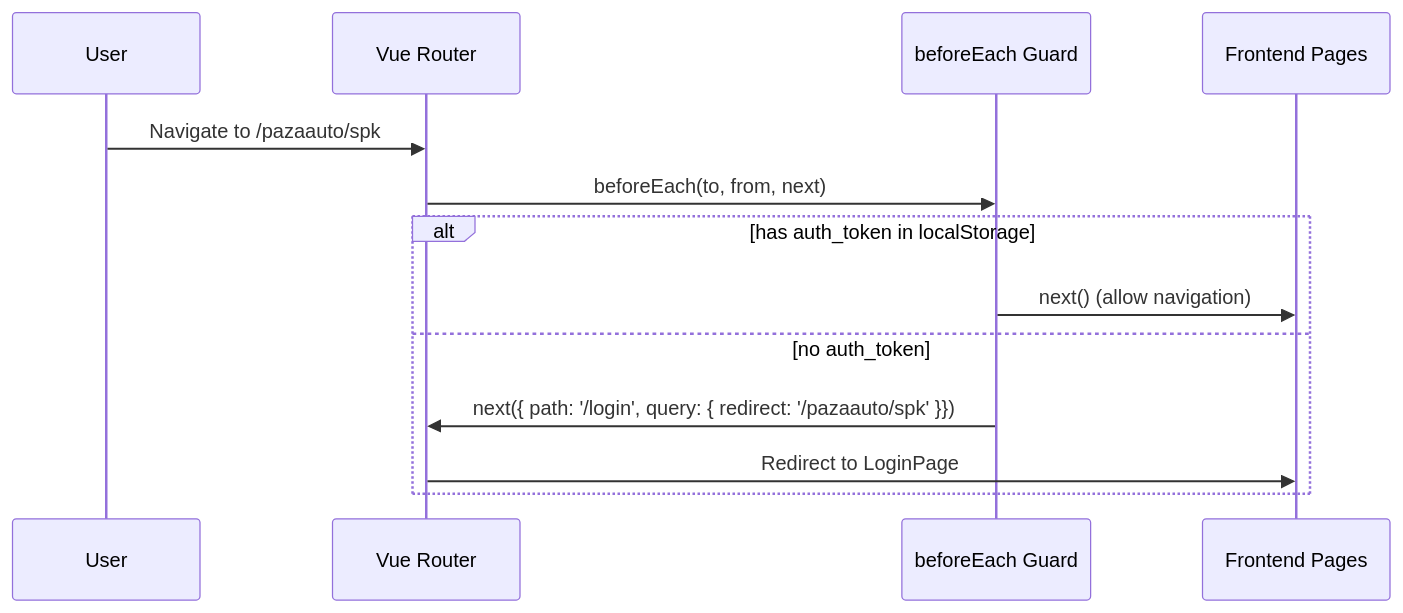
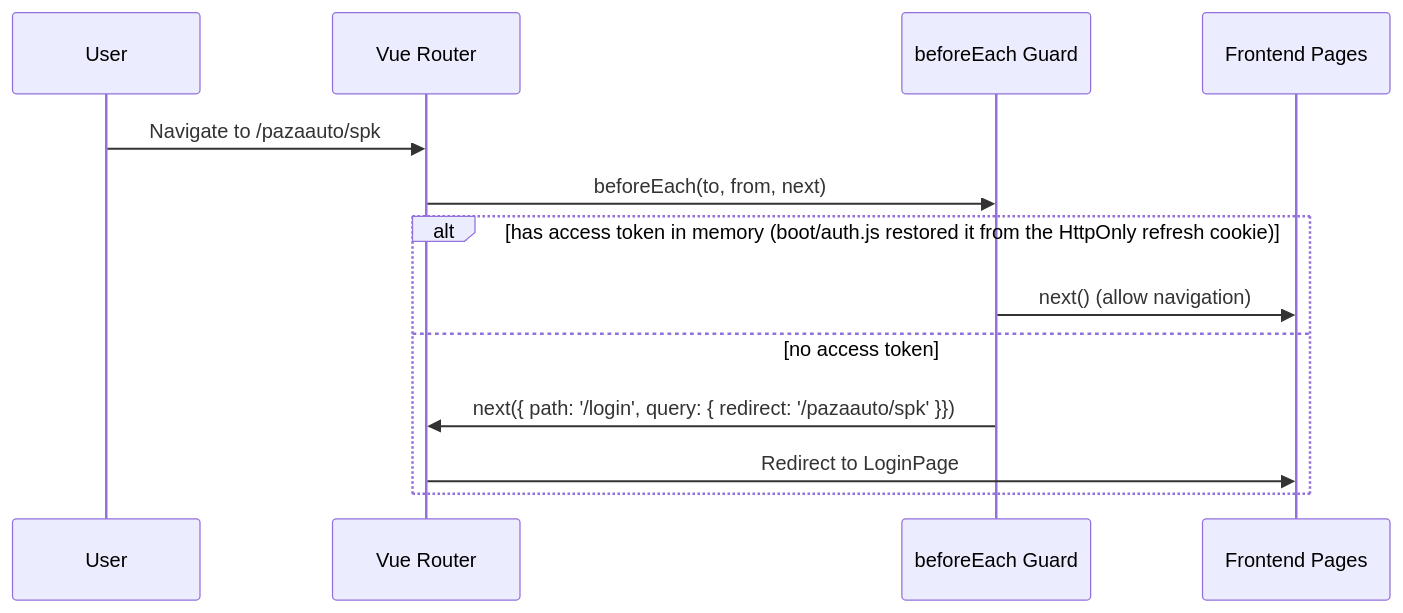
The third of 21 diagrams in docs/application-flow.md (b3kt/pasa-auto), drawn with Mermaid before and after one commit. The commit also changed other lines of this file and 29 other files, not shown here.

Commit message:
harden security: sortBy validation, in-memory access tokens, slim karyawan DTO, drop dead salt

````diff
--- a/docs/application-flow.md
+++ b/docs/application-flow.md
@@ -131,16 +131,16 @@
 ```mermaid
 sequenceDiagram
     participant User
     participant Router as Vue Router
     participant Guard as beforeEach Guard
     participant Frontend as Frontend Pages
 
     User->>Router: Navigate to /pazaauto/spk
     Router->>Guard: beforeEach(to, from, next)
-    alt has auth_token in localStorage
+    alt has access token in memory (boot/auth.js restored it from the HttpOnly refresh cookie)
         Guard->>Frontend: next() (allow navigation)
-    else no auth_token
+    else no access token
         Guard->>Router: next({ path: '/login', query: { redirect: '/pazaauto/spk' }})
         Router->>Frontend: Redirect to LoginPage
     end
 ```
````
